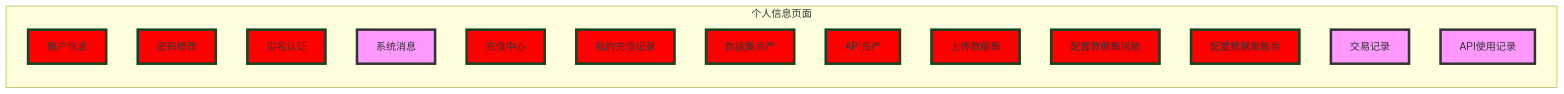
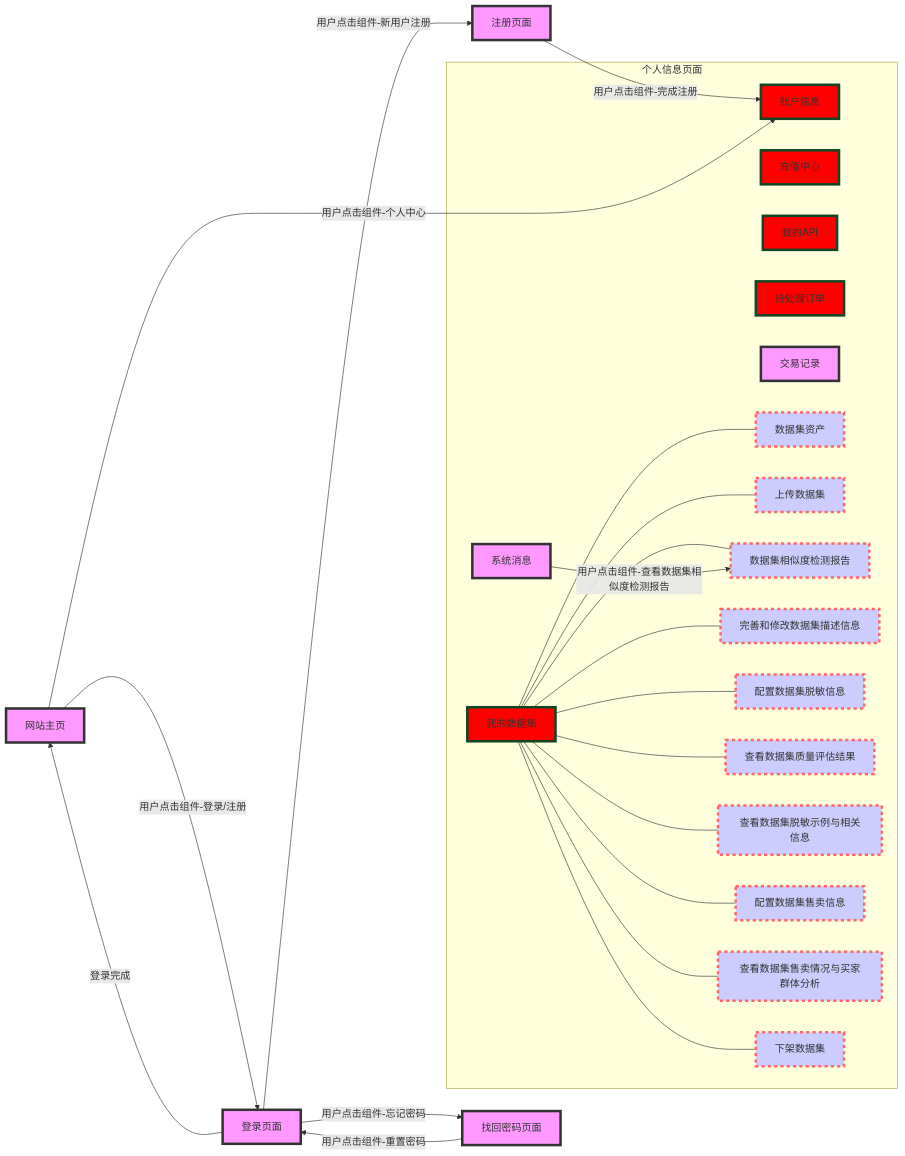
Before and after one commit to datagroupustc/docs: the diagram in source/platform/pageRelation.md, drawn with Mermaid. The commit also changed 8 other files, not shown here.

````diff
--- a/source/platform/pageRelation.md
+++ b/source/platform/pageRelation.md
@@ -1,27 +1,57 @@
 ```mermaid
-
 graph LR
 
 classDef mainpage fill:#f9f,stroke:#333,stroke-width:4px;
-classDef secondpage fill:#FF0000,stroke:#124523,stroke-width:4px;
-classDef stage fill:#ccf,stroke:#f66,stroke-width:4px,stroke-dasharray:5,5;
+classDef complexpage fill:#FF0000,stroke:#124523,stroke-width:4px;
+classDef component fill:#ccf,stroke:#f66,stroke-width:4px,stroke-dasharray:5,5;
+网站主页
+登录页面
+注册页面
+找回密码页面
+class 网站主页,登录页面,注册页面,找回密码页面 mainpage;
+
+登录页面-->|登录完成|网站主页
+登录页面-->|用户点击组件-新用户注册|注册页面
+注册页面-->|用户点击组件-完成注册|账户信息
+登录页面-->|用户点击组件-忘记密码|找回密码页面
+找回密码页面-->|用户点击组件-重置密码|登录页面
+网站主页-->|用户点击组件-登录/注册|登录页面
+网站主页-->|用户点击组件-个人中心|账户信息
+
 subgraph 个人信息页面
 	账户信息
-	密码修改
-	实名认证
 	系统消息
 	充值中心
-	我的充值记录
-	数据集资产
-	API资产
-	上传数据集
-	配置数据集脱敏
-	配置数据集售卖
+	我的数据集
+	我的API
+    待处理订单
 	交易记录
-	API使用记录
-	class 系统消息,交易记录,API使用记录 mainpage;
-    class 账户信息,密码修改,实名认证,充值中心,我的充值记录,数据集资产,API资产,上传数据集,配置数据集脱敏,配置数据集售卖 secondpage;
+
+    数据集资产
+    上传数据集
+    数据集相似度检测报告
+    完善和修改数据集描述信息
+    配置数据集脱敏信息
+    查看数据集质量评估结果
+    查看数据集脱敏示例与相关信息
+    配置数据集售卖信息
+    查看数据集售卖情况与买家群体分析
+    下架数据集
+	class 系统消息,交易记录 mainpage;
+    class 账户信息,充值中心,我的数据集,我的API,待处理订单 complexpage;
+    class 数据集资产,上传数据集,数据集相似度检测报告,完善和修改数据集描述信息,配置数据集脱敏信息,查看数据集质量评估结果,查看数据集脱敏示例与相关信息,配置数据集售卖信息,查看数据集售卖情况与买家群体分析,下架数据集 component;
+    我的数据集---数据集资产
+    我的数据集---上传数据集
+    我的数据集---数据集相似度检测报告
+    我的数据集---完善和修改数据集描述信息
+    我的数据集---配置数据集脱敏信息
+    我的数据集---查看数据集质量评估结果
+    我的数据集---查看数据集脱敏示例与相关信息
+    我的数据集---配置数据集售卖信息
+    我的数据集---查看数据集售卖情况与买家群体分析
+    我的数据集---下架数据集
+
+    系统消息-->|用户点击组件-查看数据集相似度检测报告|数据集相似度检测报告
 end
 
-
 ```
````
